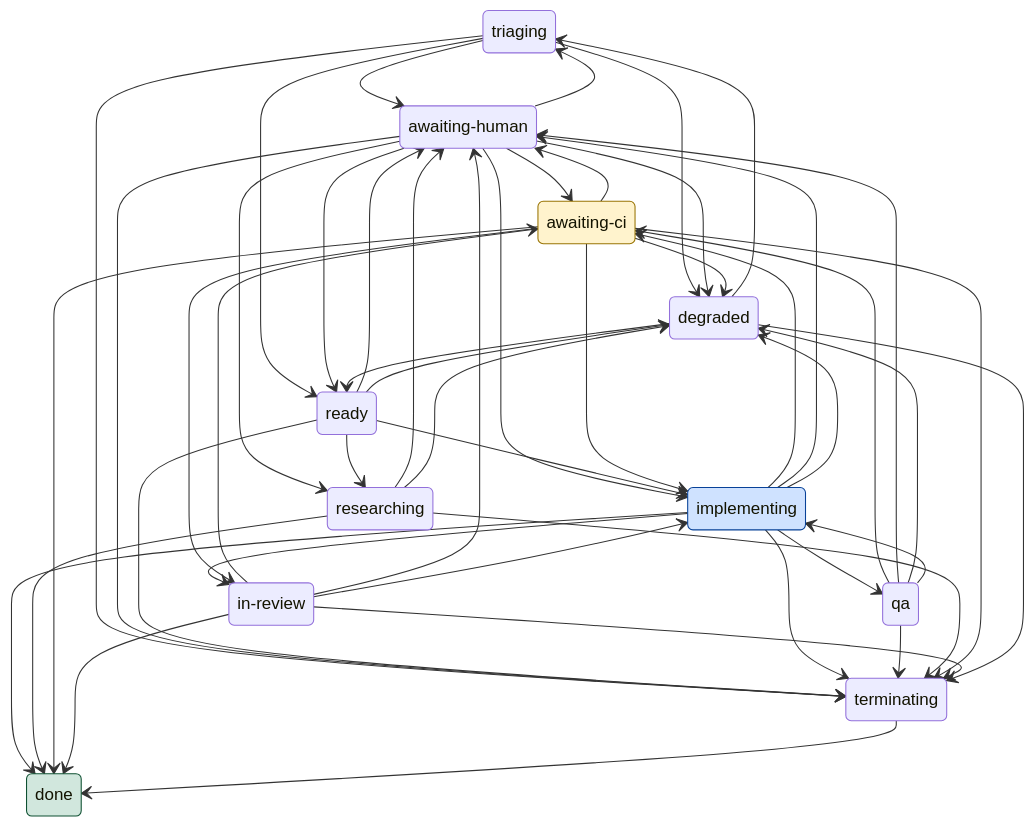
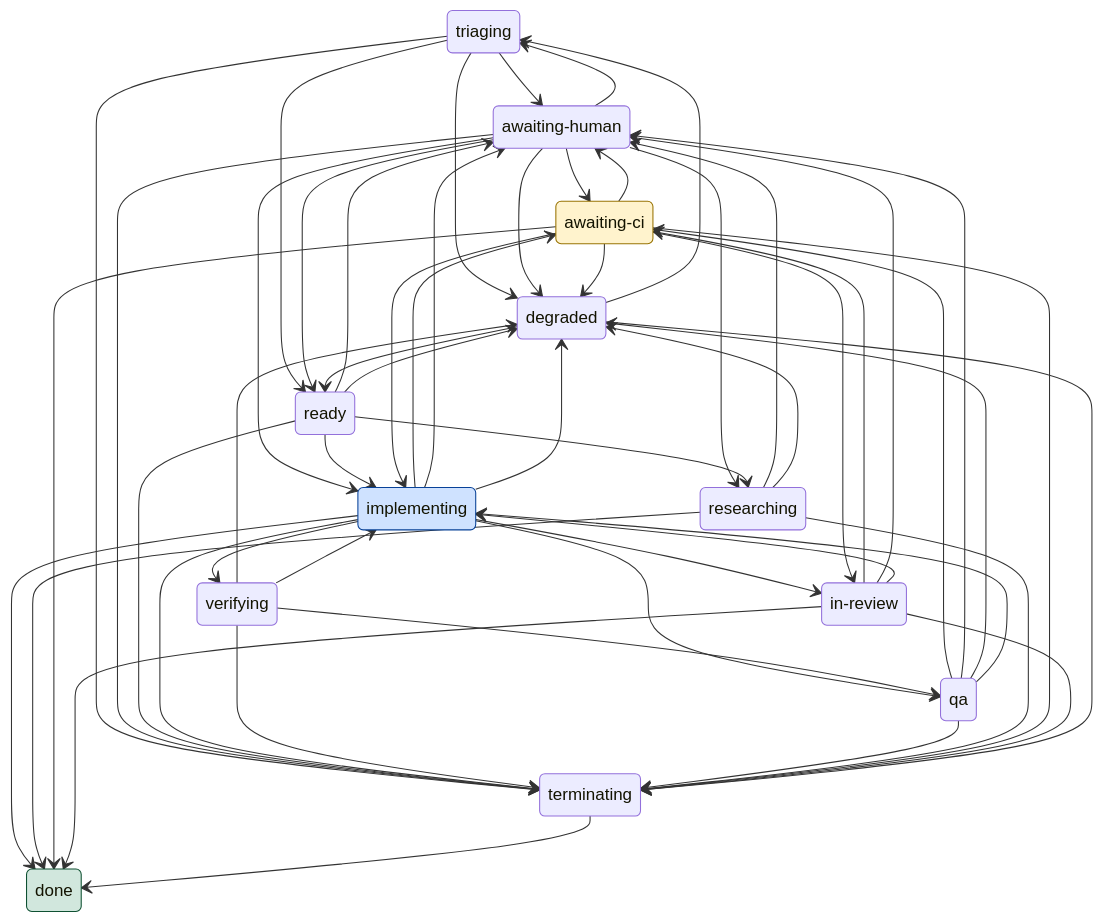
Before and after one commit to cortop/maestro: the diagram in docs/state-machine.md, drawn with Mermaid. The commit also changed 12 other files, not shown here.

````diff
--- a/docs/state-machine.md
+++ b/docs/state-machine.md
@@ -7,68 +7,74 @@
 ```mermaid
 stateDiagram-v2
     state "triaging" as triaging
     state "awaiting-human" as awaiting_human
     state "ready" as ready
     state "implementing" as implementing
+    state "verifying" as verifying
     state "qa" as qa
     state "researching" as researching
     state "awaiting-ci" as awaiting_ci
     state "in-review" as in_review
     state "degraded" as degraded
     state "terminating" as terminating
     state "done" as done
     triaging --> awaiting_human
     triaging --> degraded
     triaging --> ready
     triaging --> terminating
     awaiting_human --> awaiting_ci
     awaiting_human --> degraded
     awaiting_human --> implementing
     awaiting_human --> ready
     awaiting_human --> researching
     awaiting_human --> terminating
     awaiting_human --> triaging
     ready --> awaiting_human
     ready --> degraded
     ready --> implementing
     ready --> researching
     ready --> terminating
     implementing --> awaiting_ci
     implementing --> awaiting_human
     implementing --> degraded
     implementing --> done
     implementing --> in_review
     implementing --> qa
     implementing --> terminating
+    implementing --> verifying
+    verifying --> degraded
+    verifying --> implementing
+    verifying --> qa
+    verifying --> terminating
     qa --> awaiting_ci
     qa --> awaiting_human
     qa --> degraded
     qa --> implementing
     qa --> terminating
     researching --> awaiting_human
     researching --> degraded
     researching --> done
     researching --> terminating
     awaiting_ci --> awaiting_human
     awaiting_ci --> degraded
     awaiting_ci --> done
     awaiting_ci --> implementing
     awaiting_ci --> in_review
     awaiting_ci --> terminating
     in_review --> awaiting_ci
     in_review --> awaiting_human
     in_review --> done
     in_review --> implementing
     in_review --> terminating
     degraded --> ready
     degraded --> terminating
     degraded --> triaging
     terminating --> done
 
     classDef sleeping fill:#fff3cd,stroke:#997404
     classDef terminal fill:#d1e7dd,stroke:#0f5132
     classDef active fill:#cfe2ff,stroke:#084298
-    class awaiting_ci awaiting_human degraded in_review sleeping
+    class awaiting_ci awaiting_human degraded in_review verifying sleeping
     class done terminal
     class implementing qa ready researching terminating triaging active
 ```
````
